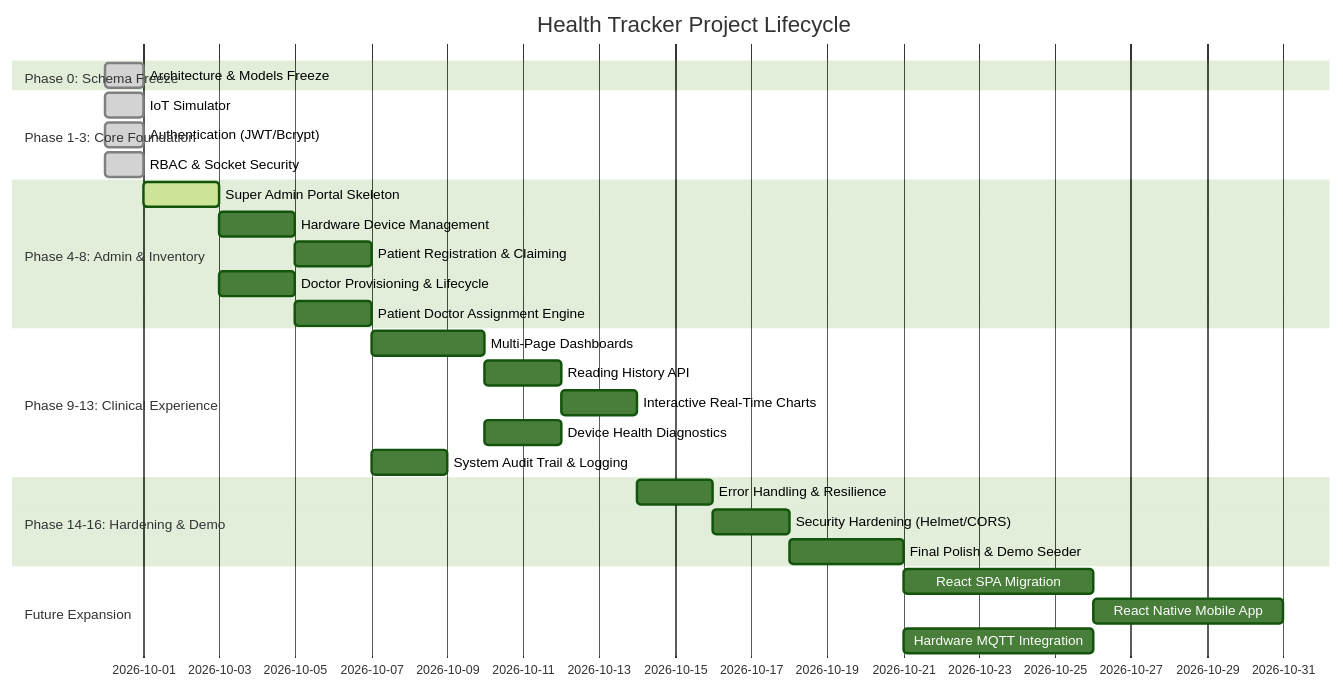
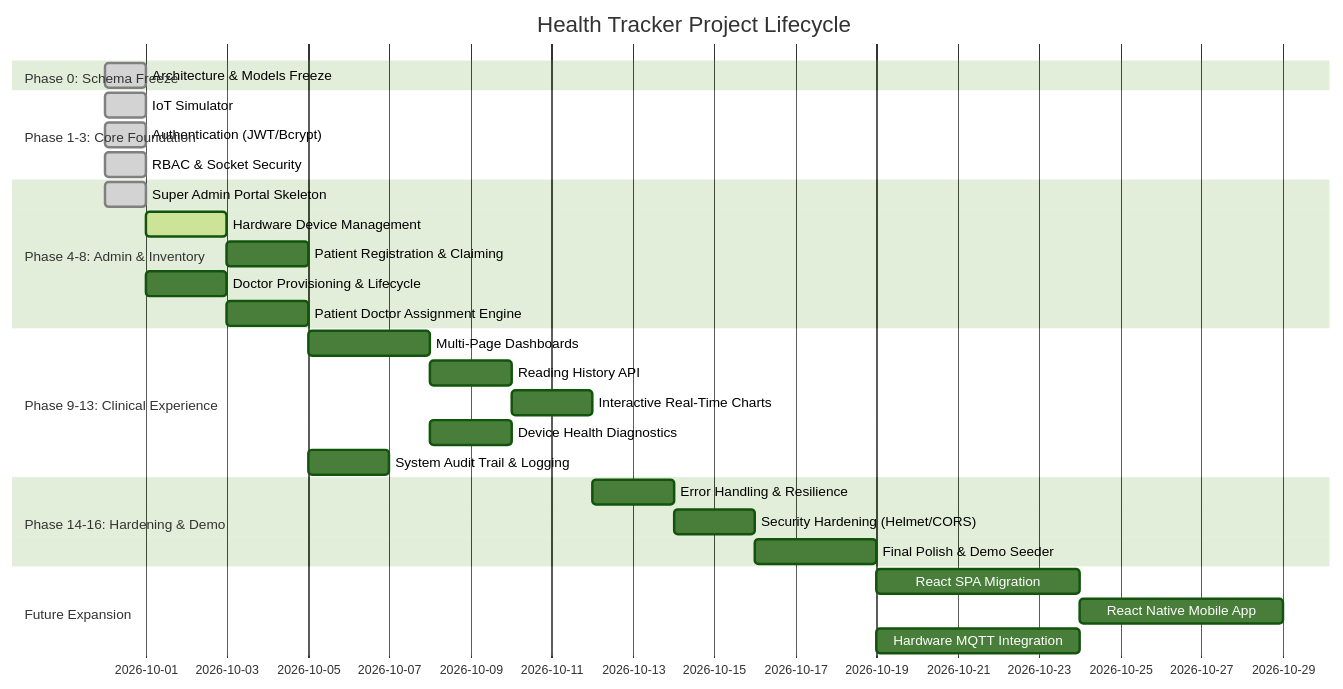
One commit to Rishi-Dev-pro/med-p changed the diagram in doc/HEALTH_TRACKER_PROGRESS.md. Above: the diagram before and after it, drawn with Mermaid (forest theme). The commit also changed other lines of this file and 15 other files, not shown here.

Commit message:
feat(phase-4): implement super admin portal foundation

````diff
--- a/doc/HEALTH_TRACKER_PROGRESS.md
+++ b/doc/HEALTH_TRACKER_PROGRESS.md
@@ -24,31 +24,31 @@
 ```mermaid
 gantt
     title Health Tracker Project Lifecycle
     dateFormat  YYYY-MM-DD
     section Phase 0: Schema Freeze
     Architecture & Models Freeze       :done, p0, 2026-09-30, 1d
     section Phase 1-3: Core Foundation
     IoT Simulator                     :done, p1, 2026-09-30, 1d
     Authentication (JWT/Bcrypt)       :done, p2, 2026-09-30, 1d
     RBAC & Socket Security            :done, p3, 2026-09-30, 1d
     section Phase 4-8: Admin & Inventory
-    Super Admin Portal Skeleton       :active, p4, 2026-10-01, 2d
-    Hardware Device Management        :p5, after p4, 2d
+    Super Admin Portal Skeleton       :done, p4, 2026-09-30, 1d
+    Hardware Device Management        :active, p5, 2026-10-01, 2d
     Patient Registration & Claiming   :p6, after p5, 2d
     Doctor Provisioning & Lifecycle   :p7, after p4, 2d
     Patient Doctor Assignment Engine  :p8, after p7, 2d
     section Phase 9-13: Clinical Experience
     Multi-Page Dashboards             :p9, after p8, 3d
     Reading History API               :p10, after p9, 2d
     Interactive Real-Time Charts      :p11, after p10, 2d
     Device Health Diagnostics         :p12, after p9, 2d
     System Audit Trail & Logging      :p13, after p8, 2d
     section Phase 14-16: Hardening & Demo
     Error Handling & Resilience       :p14, after p11, 2d
     Security Hardening (Helmet/CORS)  :p15, after p14, 2d
     Final Polish & Demo Seeder        :p16, after p15, 3d
     section Future Expansion
     React SPA Migration               :p17, after p16, 5d
     React Native Mobile App           :p18, after p17, 5d
     Hardware MQTT Integration         :p19, after p16, 5d
 ```
````
